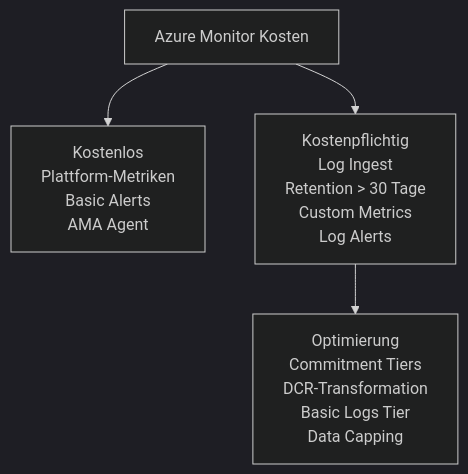
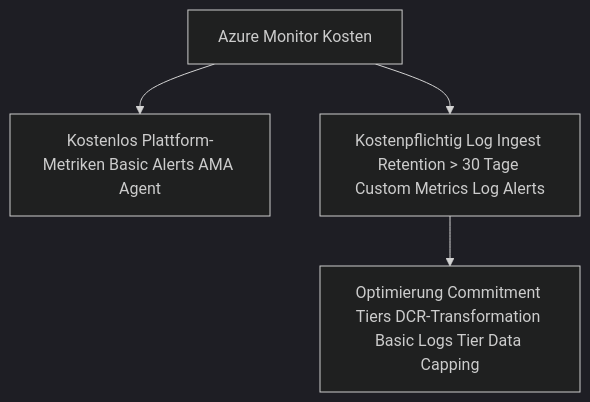
Before and after one commit to SoniiiT/notes-n-docs: the fourth of 5 diagrams in Microsoft 365/Azure/Monitor und Management/Azure Monitor Grundlagen.md, drawn with Mermaid (dark theme). The commit also changed other lines of this file and 124 other files, not shown here.

First line of the commit message:
fix: Entferne \n aus allen Mermaid-Diagrammen (125 Dateien)

````diff
--- a/Microsoft 365/Azure/Monitor und Management/Azure Monitor Grundlagen.md
+++ b/Microsoft 365/Azure/Monitor und Management/Azure Monitor Grundlagen.md
@@ -357,11 +357,11 @@
 ```mermaid
 graph TD
     Cost["Azure Monitor Kosten"]
-    Free["Kostenlos\nPlattform-Metriken\nBasic Alerts\nAMA Agent"]
-    Charged["Kostenpflichtig\nLog Ingest\nRetention > 30 Tage\nCustom Metrics\nLog Alerts"]
-    Optimize["Optimierung\nCommitment Tiers\nDCR-Transformation\nBasic Logs Tier\nData Capping"]
+    Free["Kostenlos Plattform-Metriken Basic Alerts AMA Agent"]
+    Charged["Kostenpflichtig Log Ingest Retention > 30 Tage Custom Metrics Log Alerts"]
+    Optimize["Optimierung Commitment Tiers DCR-Transformation Basic Logs Tier Data Capping"]
 
     Cost --> Free
     Cost --> Charged
     Charged --> Optimize
 ```
````
